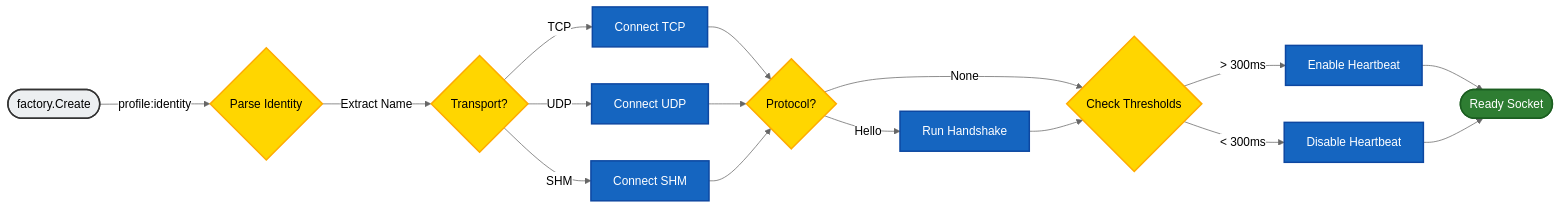
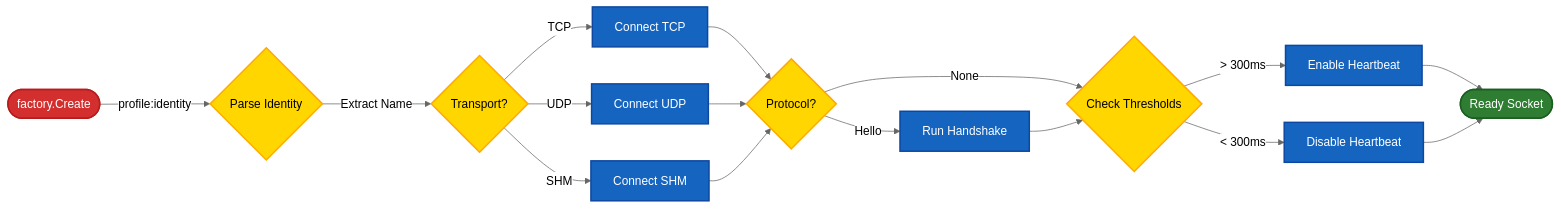
The diagram in ARCHITECTURE.md (Bastien-Antigravity/safe-socket), drawn with Mermaid (neutral theme) before and after one commit. The commit also changed 1 other file, not shown here.

Commit message:
docs: add testing guide and update architecture diagram styling

````diff
--- a/ARCHITECTURE.md
+++ b/ARCHITECTURE.md
@@ -15,39 +15,39 @@
 ```mermaid
 flowchart LR
     Start([factory.Create]) -- "profile:identity" --> Parse{Parse Identity}
     
     Parse -- "Extract Name" --> Transport{Transport?}
     
     Transport -- "TCP" --> DialTCP[Connect TCP]
     Transport -- "UDP" --> DialUDP[Connect UDP]
     Transport -- "SHM" --> DialSHM[Connect SHM]
     
     DialTCP --> Proto{Protocol?}
     DialUDP --> Proto
     DialSHM --> Proto
     
     Proto -- "Hello" --> Handshake[Run Handshake]
     Proto -- "None" --> Heartbeat{Check Thresholds}
     
     Handshake --> Heartbeat
     
     Heartbeat -- "> 300ms" --> EnableHB[Enable Heartbeat]
     Heartbeat -- "< 300ms" --> DisableHB[Disable Heartbeat]
     
     EnableHB --> Result([Ready Socket])
     DisableHB --> Result
     
     %% Native Mermaid Styles (GitHub Compatible)
-    style Start fill:#eceff1,stroke:#333,stroke-width:2px
+    style Start fill:#d32f2f,stroke:#b71c1c,stroke-width:2px,color:#fff
     style Result fill:#2e7d32,stroke:#1b5e20,stroke-width:2px,color:#fff
     style Parse fill:#ffd600,stroke:#ffab00,stroke-width:2px,color:#000
     style Transport fill:#ffd600,stroke:#ffab00,stroke-width:2px,color:#000
     style Proto fill:#ffd600,stroke:#ffab00,stroke-width:2px,color:#000
     style Heartbeat fill:#ffd600,stroke:#ffab00,stroke-width:2px,color:#000
     style DialTCP fill:#1565c0,stroke:#0d47a1,stroke-width:2px,color:#fff
     style DialUDP fill:#1565c0,stroke:#0d47a1,stroke-width:2px,color:#fff
     style DialSHM fill:#1565c0,stroke:#0d47a1,stroke-width:2px,color:#fff
     style Handshake fill:#1565c0,stroke:#0d47a1,stroke-width:2px,color:#fff
     style EnableHB fill:#1565c0,stroke:#0d47a1,stroke-width:2px,color:#fff
     style DisableHB fill:#1565c0,stroke:#0d47a1,stroke-width:2px,color:#fff
 ```
````
